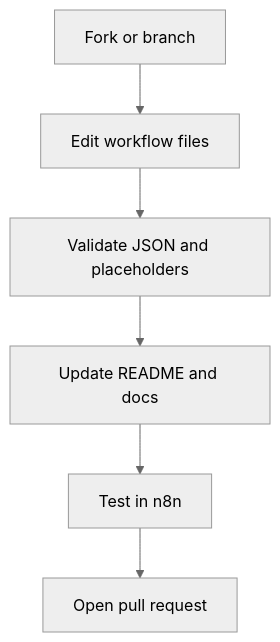
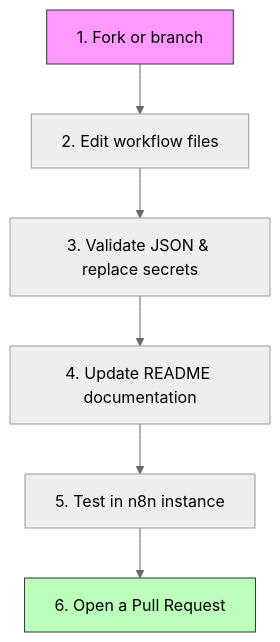
Before and after one commit to beydah/N8N-AI-Agent: the diagram in docs/CONTRIBUTING.md, drawn with Mermaid (neutral theme). The commit also changed other lines of this file and 8 other files, not shown here.

````diff
--- a/docs/CONTRIBUTING.md
+++ b/docs/CONTRIBUTING.md
@@ -9,8 +19,11 @@
 ```mermaid
 graph TD
-    Start["Fork or branch"] --> Update["Edit workflow files"]
-    Update --> Validate["Validate JSON and placeholders"]
-    Validate --> Docs["Update README and docs"]
-    Docs --> Test["Test in n8n"]
-    Test --> PR["Open pull request"]
+    Start["1. Fork or branch"] --> Update["2. Edit workflow files"]
+    Update --> Validate["3. Validate JSON & replace secrets"]
+    Validate --> Docs["4. Update README documentation"]
+    Docs --> Test["5. Test in n8n instance"]
+    Test --> PR["6. Open a Pull Request"]
+
+    style Start fill:#f9f,stroke:#333
+    style PR fill:#bfb,stroke:#333
 ```
````
